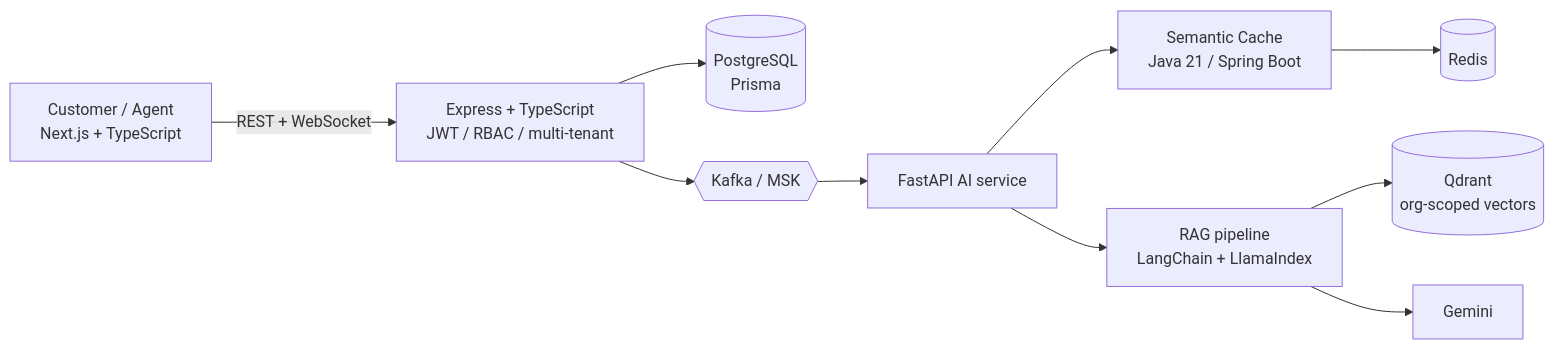
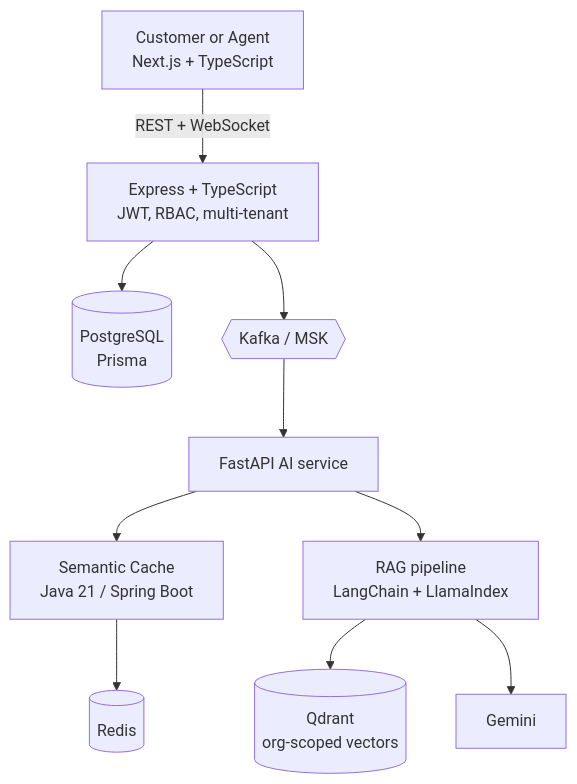
The second of 8 diagrams in README.md (Suraj854204/Suraj854204), drawn with Mermaid before and after one commit. The commit also changed other lines of this file, not shown here.

````diff
--- a/README.md
+++ b/README.md
@@ -188,12 +159,12 @@
 ```mermaid
-flowchart LR
-    U["Customer / Agent<br/>Next.js + TypeScript"] -->|"REST + WebSocket"| API["Express + TypeScript<br/>JWT / RBAC / multi-tenant"]
+flowchart TD
+    U["Customer or Agent<br/>Next.js + TypeScript"] -->|"REST + WebSocket"| API["Express + TypeScript<br/>JWT, RBAC, multi-tenant"]
     API --> PG[("PostgreSQL<br/>Prisma")]
     API --> K{{"Kafka / MSK"}}
     K --> AI["FastAPI AI service"]
     AI --> SC["Semantic Cache<br/>Java 21 / Spring Boot"]
     SC --> RD[("Redis")]
     AI --> RAG["RAG pipeline<br/>LangChain + LlamaIndex"]
     RAG --> QD[("Qdrant<br/>org-scoped vectors")]
     RAG --> GM["Gemini"]
 ```
````
